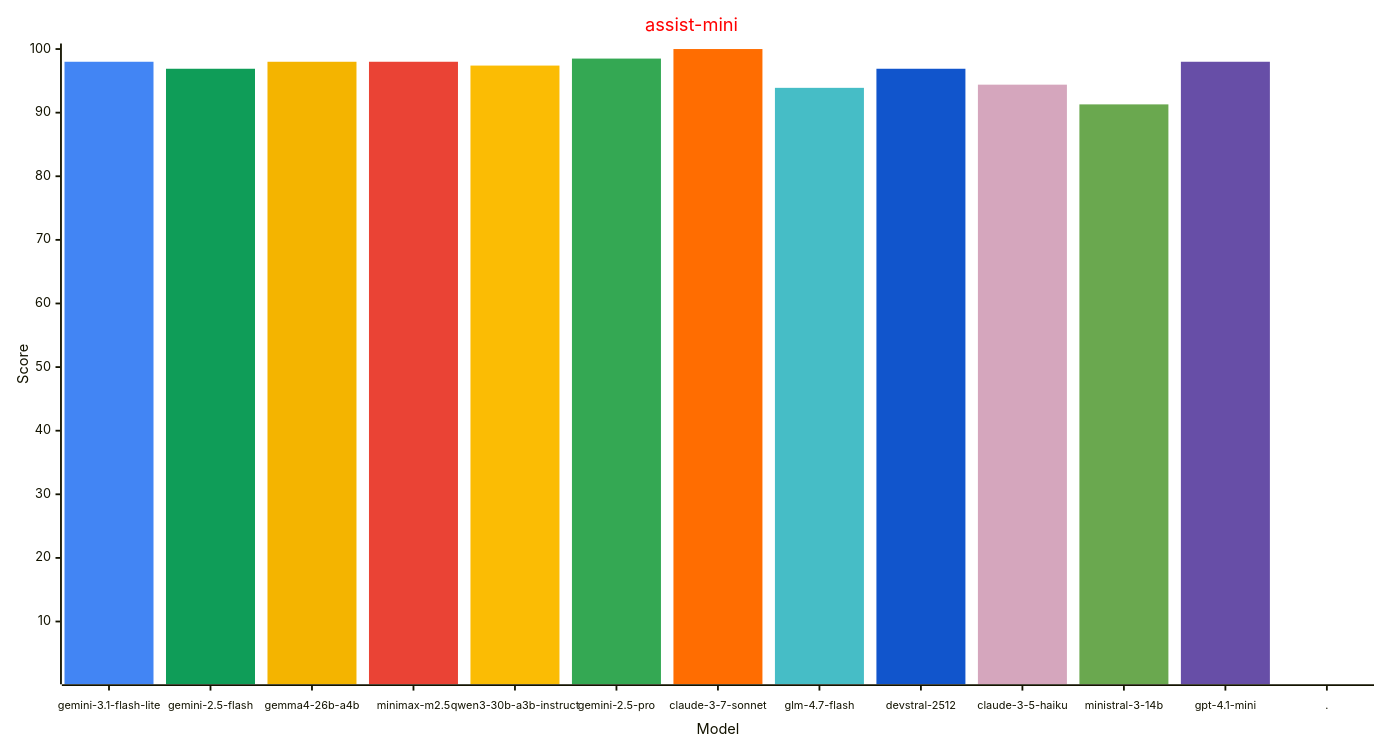
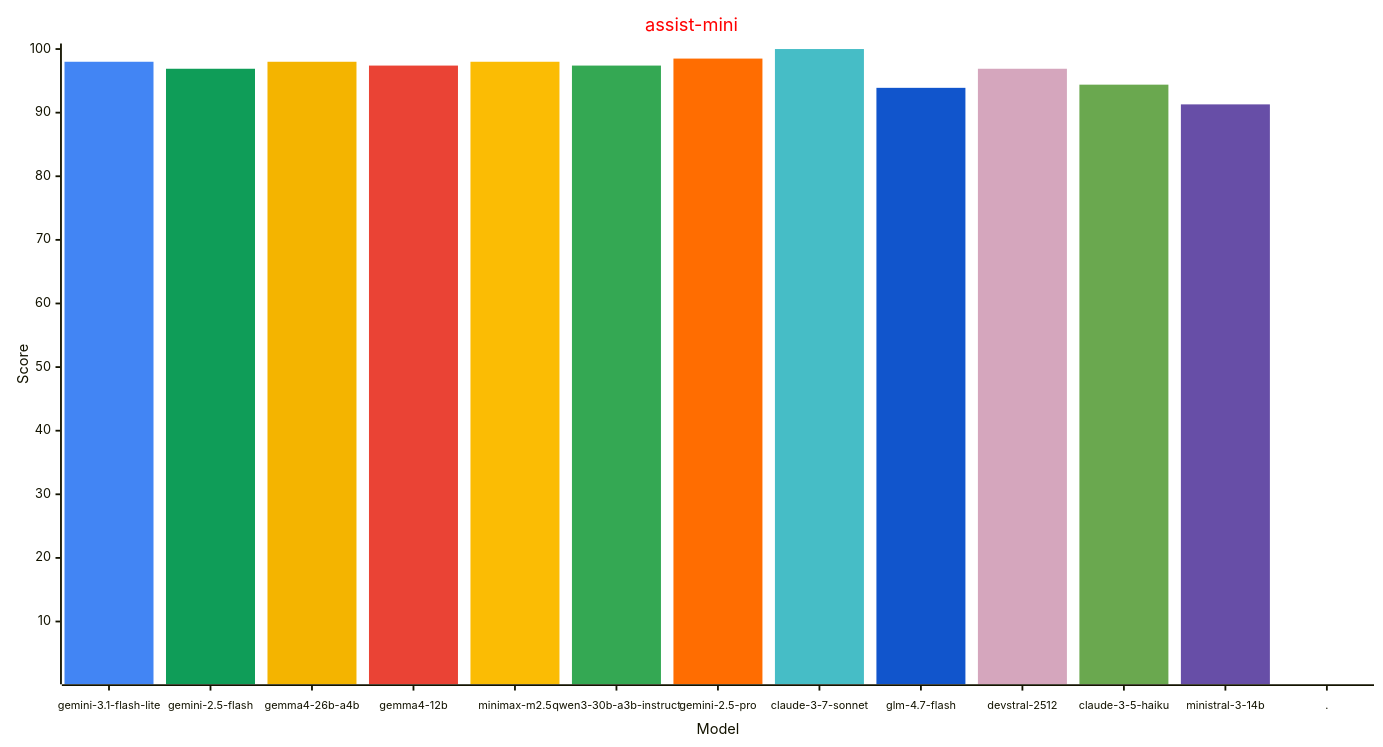
Before and after one commit to allenporter/home-assistant-datasets: the second of 4 diagrams in reports/README.md, drawn with Mermaid. The commit also changed other lines of this file and 1 other file, not shown here.

````diff
--- a/reports/README.md
+++ b/reports/README.md
@@ -119,33 +119,33 @@
 ```mermaid
 ---
 config:
     xyChart:
         width: 1500
         height: 800
         xAxis:
           labelFontSize: 12
           labelPadding: 8
     themeVariables:
         xyChart:
             titleColor: "#ff0000"
             plotColorPalette: "#4285f4, #0f9d58, #f4b400, #ea4335, #fbbc04, #34a853, #ff6d01, #46bdc6, #1155cc, #d5a6bd, #6aa84f, #674ea7, #4285f4"
 
 ---
 xychart-beta
   title "assist-mini"
-  x-axis "Model" [gemini-3.1-flash-lite, gemini-2.5-flash, gemma4-26b-a4b, minimax-m2.5, qwen3-30b-a3b-instruct, gemini-2.5-pro, claude-3-7-sonnet, glm-4.7-flash, devstral-2512, claude-3-5-haiku, ministral-3-14b, gpt-4.1-mini, .]
+  x-axis "Model" [gemini-3.1-flash-lite, gemini-2.5-flash, gemma4-26b-a4b, gemma4-12b, minimax-m2.5, qwen3-30b-a3b-instruct, gemini-2.5-pro, claude-3-7-sonnet, glm-4.7-flash, devstral-2512, claude-3-5-haiku, ministral-3-14b, .]
   y-axis "Score" 1 --> 100
   bar [98.0, 0.0, 0.0, 0.0, 0.0, 0.0, 0.0, 0.0, 0.0, 0.0, 0.0, 0.0, 0.0]
   bar [0.0, 96.9, 0.0, 0.0, 0.0, 0.0, 0.0, 0.0, 0.0, 0.0, 0.0, 0.0, 0.0]
   bar [0.0, 0.0, 98.0, 0.0, 0.0, 0.0, 0.0, 0.0, 0.0, 0.0, 0.0, 0.0, 0.0]
-  bar [0.0, 0.0, 0.0, 98.0, 0.0, 0.0, 0.0, 0.0, 0.0, 0.0, 0.0, 0.0, 0.0]
-  bar [0.0, 0.0, 0.0, 0.0, 97.4, 0.0, 0.0, 0.0, 0.0, 0.0, 0.0, 0.0, 0.0]
-  bar [0.0, 0.0, 0.0, 0.0, 0.0, 98.5, 0.0, 0.0, 0.0, 0.0, 0.0, 0.0, 0.0]
-  bar [0.0, 0.0, 0.0, 0.0, 0.0, 0.0, 100.0, 0.0, 0.0, 0.0, 0.0, 0.0, 0.0]
-  bar [0.0, 0.0, 0.0, 0.0, 0.0, 0.0, 0.0, 93.9, 0.0, 0.0, 0.0, 0.0, 0.0]
-  bar [0.0, 0.0, 0.0, 0.0, 0.0, 0.0, 0.0, 0.0, 96.9, 0.0, 0.0, 0.0, 0.0]
-  bar [0.0, 0.0, 0.0, 0.0, 0.0, 0.0, 0.0, 0.0, 0.0, 94.4, 0.0, 0.0, 0.0]
-  bar [0.0, 0.0, 0.0, 0.0, 0.0, 0.0, 0.0, 0.0, 0.0, 0.0, 91.3, 0.0, 0.0]
-  bar [0.0, 0.0, 0.0, 0.0, 0.0, 0.0, 0.0, 0.0, 0.0, 0.0, 0.0, 98.0, 0.0]
+  bar [0.0, 0.0, 0.0, 97.4, 0.0, 0.0, 0.0, 0.0, 0.0, 0.0, 0.0, 0.0, 0.0]
+  bar [0.0, 0.0, 0.0, 0.0, 98.0, 0.0, 0.0, 0.0, 0.0, 0.0, 0.0, 0.0, 0.0]
+  bar [0.0, 0.0, 0.0, 0.0, 0.0, 97.4, 0.0, 0.0, 0.0, 0.0, 0.0, 0.0, 0.0]
+  bar [0.0, 0.0, 0.0, 0.0, 0.0, 0.0, 98.5, 0.0, 0.0, 0.0, 0.0, 0.0, 0.0]
+  bar [0.0, 0.0, 0.0, 0.0, 0.0, 0.0, 0.0, 100.0, 0.0, 0.0, 0.0, 0.0, 0.0]
+  bar [0.0, 0.0, 0.0, 0.0, 0.0, 0.0, 0.0, 0.0, 93.9, 0.0, 0.0, 0.0, 0.0]
+  bar [0.0, 0.0, 0.0, 0.0, 0.0, 0.0, 0.0, 0.0, 0.0, 96.9, 0.0, 0.0, 0.0]
+  bar [0.0, 0.0, 0.0, 0.0, 0.0, 0.0, 0.0, 0.0, 0.0, 0.0, 94.4, 0.0, 0.0]
+  bar [0.0, 0.0, 0.0, 0.0, 0.0, 0.0, 0.0, 0.0, 0.0, 0.0, 0.0, 91.3, 0.0]
   bar [0.0, 0.0, 0.0, 0.0, 0.0, 0.0, 0.0, 0.0, 0.0, 0.0, 0.0, 0.0, -1.0]
 ```
````
